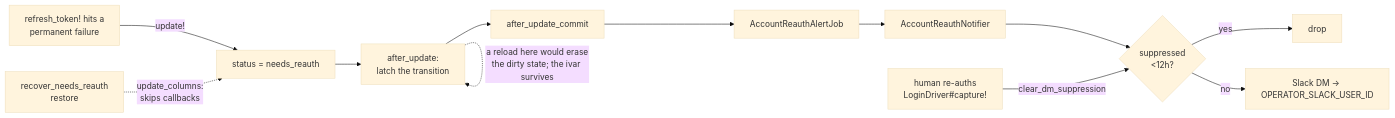
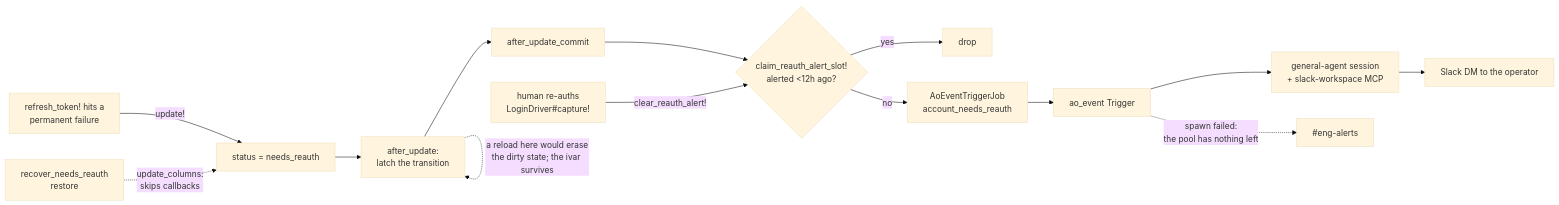
The second of 4 diagrams in docs/src/content/docs/auth/harness.md (tadasant/zimmer), drawn with Mermaid (base theme) before and after one commit. The commit also changed other lines of this file and 36 other files, not shown here.

First line of the commit message:
feat(auth): give interactive login its own queue lane, and make needs_reauth a Trigger

````diff
--- a/docs/src/content/docs/auth/harness.md
+++ b/docs/src/content/docs/auth/harness.md
@@ -376,14 +408,16 @@
 ```mermaid
 flowchart LR
     R[refresh_token! hits a<br/>permanent failure] -->|update!| S[status = needs_reauth]
     S --> L[after_update:<br/>latch the transition]
     L -.->|a reload here would erase<br/>the dirty state; the ivar survives| L
     L --> C[after_update_commit]
-    C --> J[AccountReauthAlertJob]
-    J --> N[AccountReauthNotifier]
-    N --> D{suppressed<br/>&lt;12h?}
+    C --> D{claim_reauth_alert_slot!<br/>alerted &lt;12h ago?}
     D -->|yes| X[drop]
-    D -->|no| DM[Slack DM → OPERATOR_SLACK_USER_ID]
+    D -->|no| E[AoEventTriggerJob<br/>account_needs_reauth]
+    E --> T[ao_event Trigger]
+    T --> G[general-agent session<br/>+ slack-workspace MCP]
+    G --> DM[Slack DM to the operator]
+    T -.->|spawn failed:<br/>the pool has nothing left| A[#eng-alerts]
     RC[recover_needs_reauth<br/>restore] -.->|update_columns:<br/>skips callbacks| S
-    H[human re-auths<br/>LoginDriver#capture!] -->|clear_dm_suppression| D
+    H[human re-auths<br/>LoginDriver#capture!] -->|clear_reauth_alert!| D
 ```
````
